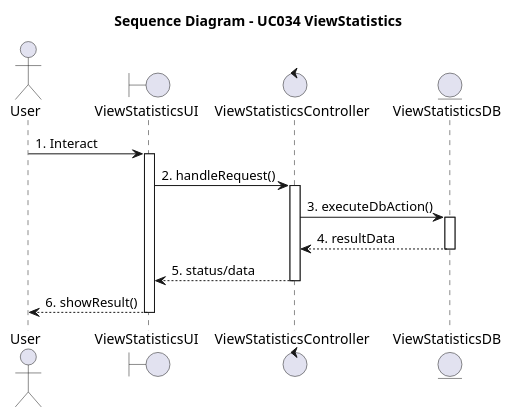
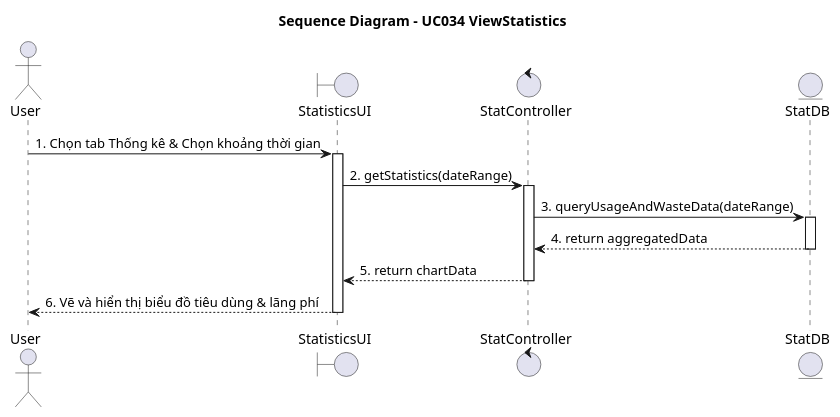
The diagram in diagrams/Module_7_Statistics/UC034_Xem_thống_kê_tiêu_dùng_và_lãng_phí_Sequence.puml (Alt2210/NaviMart), drawn with PlantUML before and after one commit. The commit also changed 31 other files, not shown here.

```diff
--- a/diagrams/Module_7_Statistics/UC034_Xem_thống_kê_tiêu_dùng_và_lãng_phí_Sequence.puml
+++ b/diagrams/Module_7_Statistics/UC034_Xem_thống_kê_tiêu_dùng_và_lãng_phí_Sequence.puml
@@ -1,21 +1,21 @@
 @startuml
 title Sequence Diagram - UC034 ViewStatistics
 
 actor "User" as Actor
-boundary "ViewStatisticsUI" as UI
-control "ViewStatisticsController" as Controller
-entity "ViewStatisticsDB" as Entity
+boundary "StatisticsUI" as UI
+control "StatController" as Controller
+entity "StatDB" as Entity
 
-Actor -> UI : 1. Interact
+Actor -> UI : 1. Chọn tab Thống kê & Chọn khoảng thời gian
 activate UI
-UI -> Controller : 2. handleRequest()
+UI -> Controller : 2. getStatistics(dateRange)
 activate Controller
-Controller -> Entity : 3. executeDbAction()
+Controller -> Entity : 3. queryUsageAndWasteData(dateRange)
 activate Entity
-Entity --> Controller : 4. resultData
+Entity --> Controller : 4. return aggregatedData
 deactivate Entity
-Controller --> UI : 5. status/data
+Controller --> UI : 5. return chartData
 deactivate Controller
-UI --> Actor : 6. showResult()
+UI --> Actor : 6. Vẽ và hiển thị biểu đồ tiêu dùng & lãng phí
 deactivate UI
 @enduml
```
